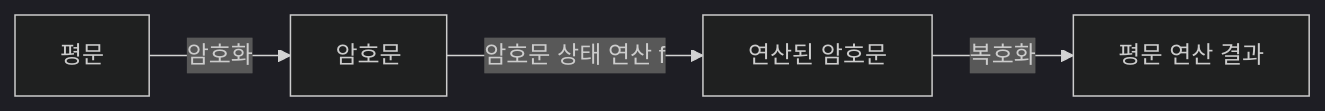
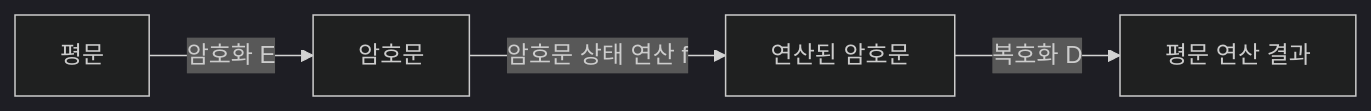
One commit to coninggu/wjdqhrhksflrltnftk changed the diagram in content/homomorphic-encryption.md. Above: the diagram before and after it, drawn with Mermaid (dark theme). The commit also changed other lines of this file and 19 other files, not shown here.

````diff
--- a/content/homomorphic-encryption.md
+++ b/content/homomorphic-encryption.md
@@ -15,6 +14,6 @@
 ```mermaid
 flowchart LR
-  D[평문] -->|암호화| E[암호문]
+  D[평문] -->|암호화 E| E[암호문]
   E -->|암호문 상태 연산 f| R[연산된 암호문]
-  R -->|복호화| O[평문 연산 결과]
+  R -->|복호화 D| O[평문 연산 결과]
 ```
````
